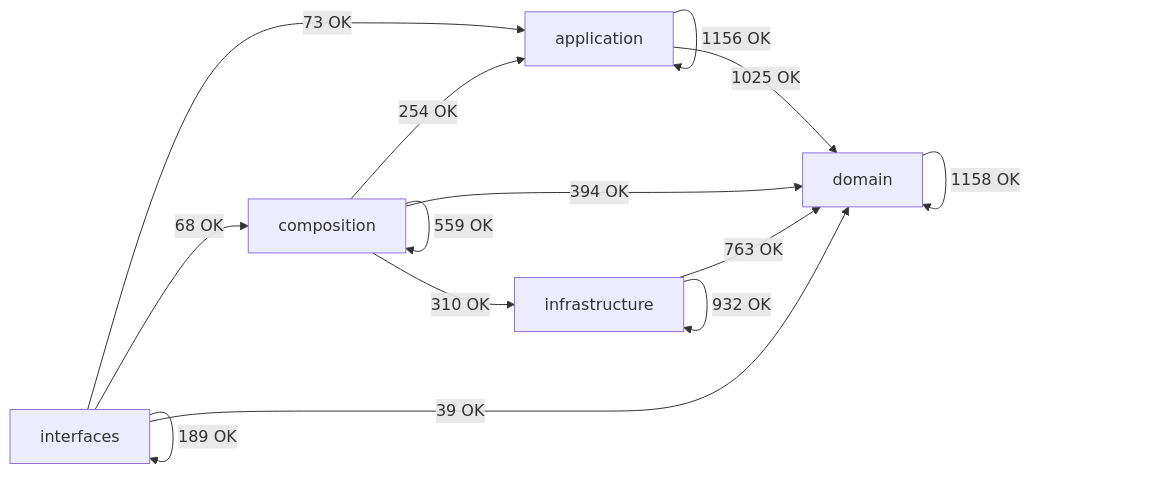
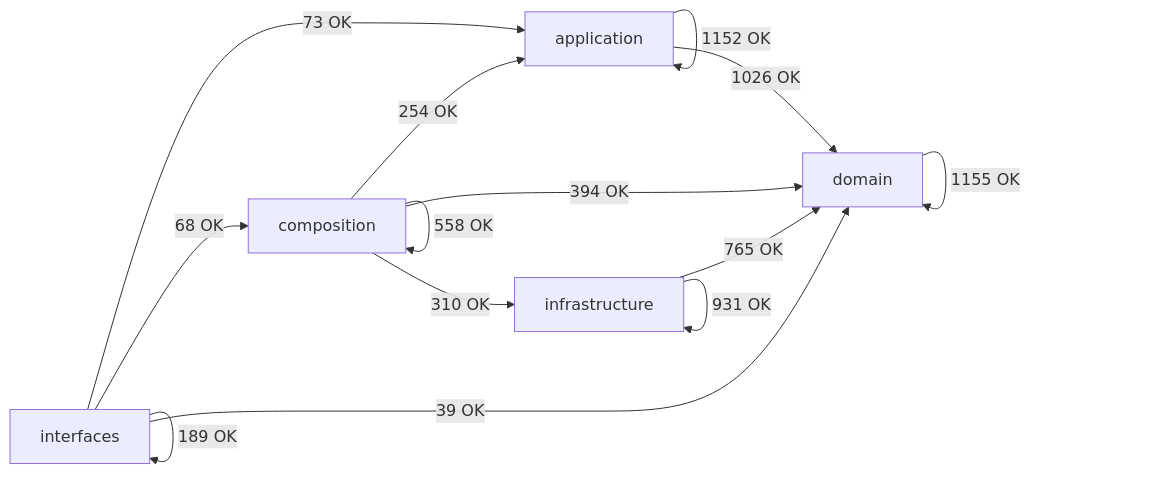
The diagram in docs/02-architecture/generated/module-dependency-map.md (SatoryKono/BioactivityDataAcquisition), drawn with Mermaid before and after one commit. The commit also changed other lines of this file and 1 other file, not shown here.

````diff
--- a/docs/02-architecture/generated/module-dependency-map.md
+++ b/docs/02-architecture/generated/module-dependency-map.md
@@ -17,21 +17,21 @@
 ```mermaid
 flowchart LR
     domain[domain]
     application[application]
     infrastructure[infrastructure]
     composition[composition]
     interfaces[interfaces]
-    application -->|1156 OK| application
-    application -->|1025 OK| domain
+    application -->|1152 OK| application
+    application -->|1026 OK| domain
     composition -->|254 OK| application
-    composition -->|559 OK| composition
+    composition -->|558 OK| composition
     composition -->|394 OK| domain
     composition -->|310 OK| infrastructure
-    domain -->|1158 OK| domain
-    infrastructure -->|763 OK| domain
-    infrastructure -->|932 OK| infrastructure
+    domain -->|1155 OK| domain
+    infrastructure -->|765 OK| domain
+    infrastructure -->|931 OK| infrastructure
     interfaces -->|73 OK| application
     interfaces -->|68 OK| composition
     interfaces -->|39 OK| domain
     interfaces -->|189 OK| interfaces
 ```
````
